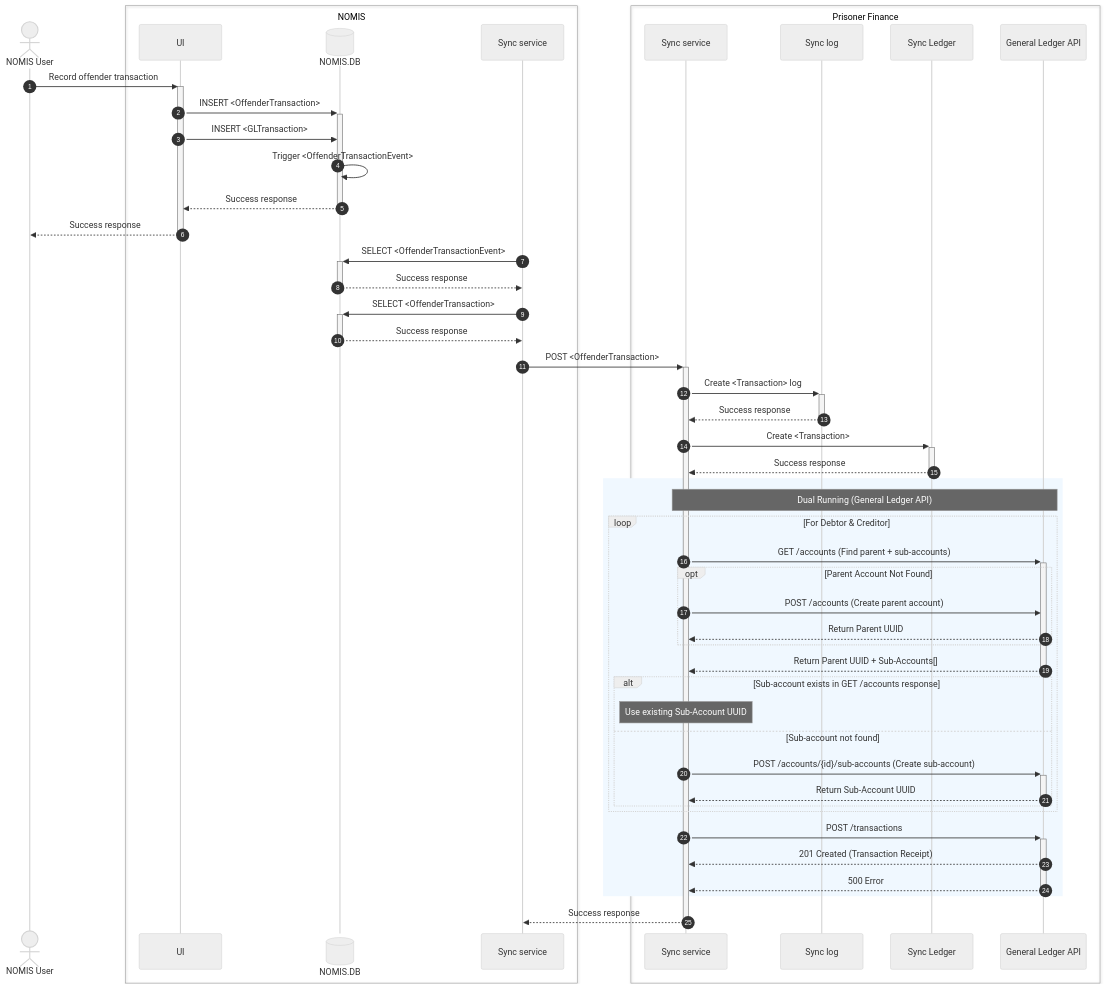
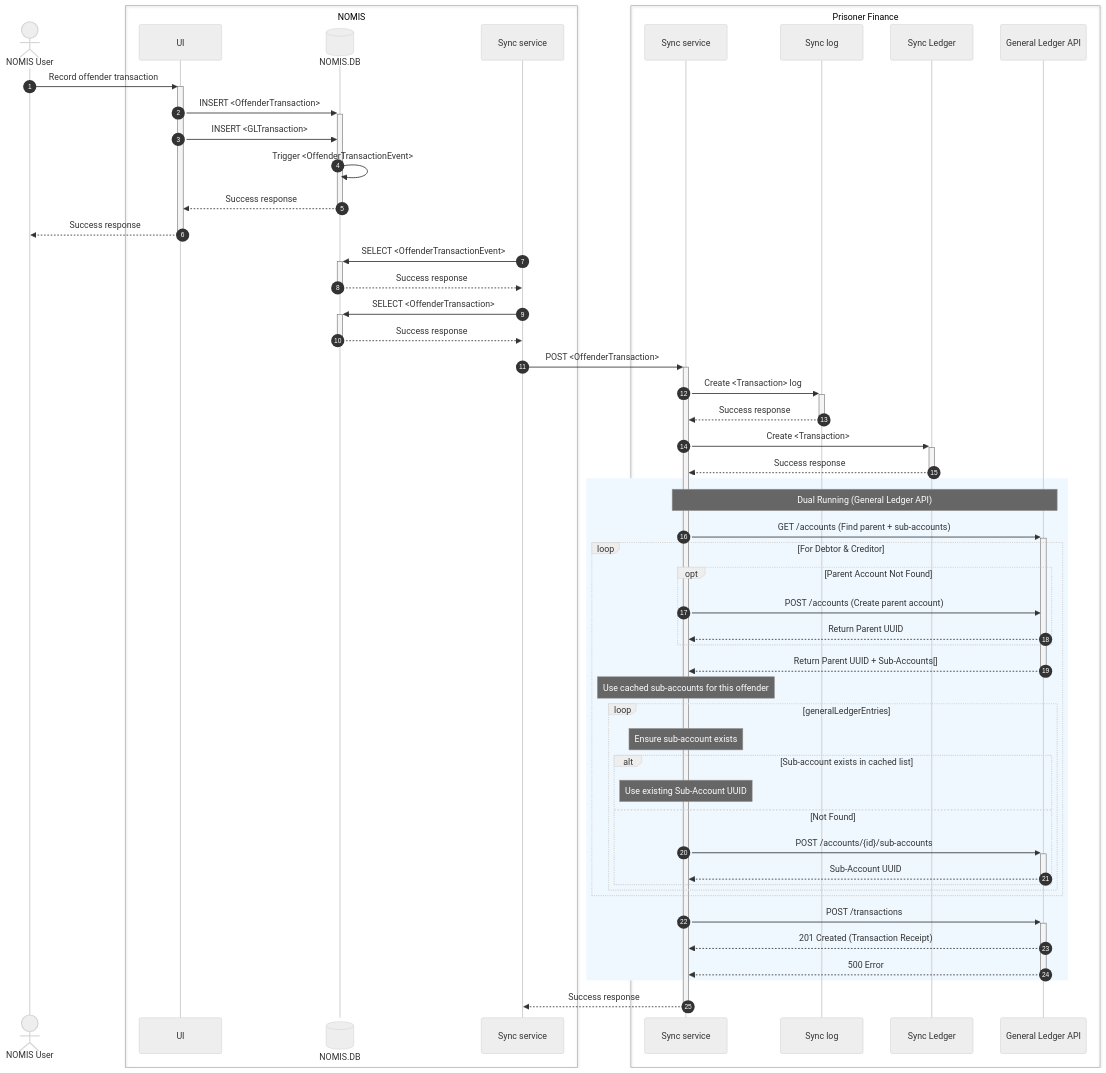
One commit to ministryofjustice/hmpps-prisoner-finance-sync-api changed the third of 6 diagrams in docs/architecture/docs/sync-processes.md. Above: the diagram before and after it, drawn with Mermaid (neutral theme).

Commit message:
Update to diagram to better show cached sub accounts

````diff
--- a/docs/architecture/docs/sync-processes.md
+++ b/docs/architecture/docs/sync-processes.md
@@ -133,68 +133,57 @@
 ```mermaid
 sequenceDiagram
     actor user as NOMIS User
-
     box NOMIS
         participant NOMIS.UI as UI
         participant NOMIS.DB@{ "type" : "database" }
         participant NOMIS.sync as Sync service
     end
-
     box Prisoner Finance
         participant PF.sync as Sync service
         participant PF.log as Sync log
         participant PF.ledger as Sync Ledger
         participant PF.newGL as General Ledger API
     end
-
     autonumber
-
     user ->>+ NOMIS.UI: Record offender transaction
     NOMIS.UI ->>+ NOMIS.DB: INSERT <OffenderTransaction>
     NOMIS.UI ->> NOMIS.DB: INSERT <GLTransaction>
     NOMIS.DB ->> NOMIS.DB: Trigger <OffenderTransactionEvent>
     NOMIS.DB -->>- NOMIS.UI: Success response
     NOMIS.UI -->>- user: Success response
-
     NOMIS.sync ->>+ NOMIS.DB: SELECT <OffenderTransactionEvent>
     NOMIS.DB -->>- NOMIS.sync: Success response
-
     NOMIS.sync ->>+ NOMIS.DB: SELECT <OffenderTransaction>
     NOMIS.DB -->>- NOMIS.sync: Success response
-
     NOMIS.sync ->>+ PF.sync: POST <OffenderTransaction>
-
     PF.sync ->>+ PF.log: Create <Transaction> log
     PF.log -->>- PF.sync: Success response
-
     PF.sync ->>+ PF.ledger: Create <Transaction>
     PF.ledger -->>- PF.sync: Success response
-
     rect rgb(240, 248, 255)
         note over PF.sync,PF.newGL: Dual Running (General Ledger API)
-
-        loop For Debtor & Creditor
-            PF.sync ->>+ PF.newGL: GET /accounts (Find parent + sub-accounts)
-
+        PF.sync ->>+ PF.newGL: GET /accounts (Find parent + sub-accounts)
+            loop For Debtor & Creditor
+            
             opt Parent Account Not Found
                 PF.sync ->> PF.newGL: POST /accounts (Create parent account)
                 PF.newGL -->> PF.sync: Return Parent UUID
             end
-
             PF.newGL -->>- PF.sync: Return Parent UUID + Sub-Accounts[]
-
-            alt Sub-account exists in GET /accounts response
-                Note over PF.sync: Use existing Sub-Account UUID
-            else Sub-account not found
-                PF.sync ->>+ PF.newGL: POST /accounts/{id}/sub-accounts (Create sub-account)
-                PF.newGL -->>- PF.sync: Return Sub-Account UUID
+            note over PF.sync: Use cached sub-accounts for this offender
+            loop generalLedgerEntries
+                note over PF.sync: Ensure sub-account exists
+                alt Sub-account exists in cached list
+                    Note over PF.sync: Use existing Sub-Account UUID
+                else Not Found
+                    PF.sync ->>+ PF.newGL: POST /accounts/{id}/sub-accounts
+                    PF.newGL -->>- PF.sync: Sub-Account UUID
+                end
             end
         end
-
         PF.sync ->>+ PF.newGL: POST /transactions
         PF.newGL -->> PF.sync: 201 Created (Transaction Receipt)
         PF.newGL -->>- PF.sync: 500 Error
     end
-
     PF.sync -->>- NOMIS.sync: Success response
 ```
````
